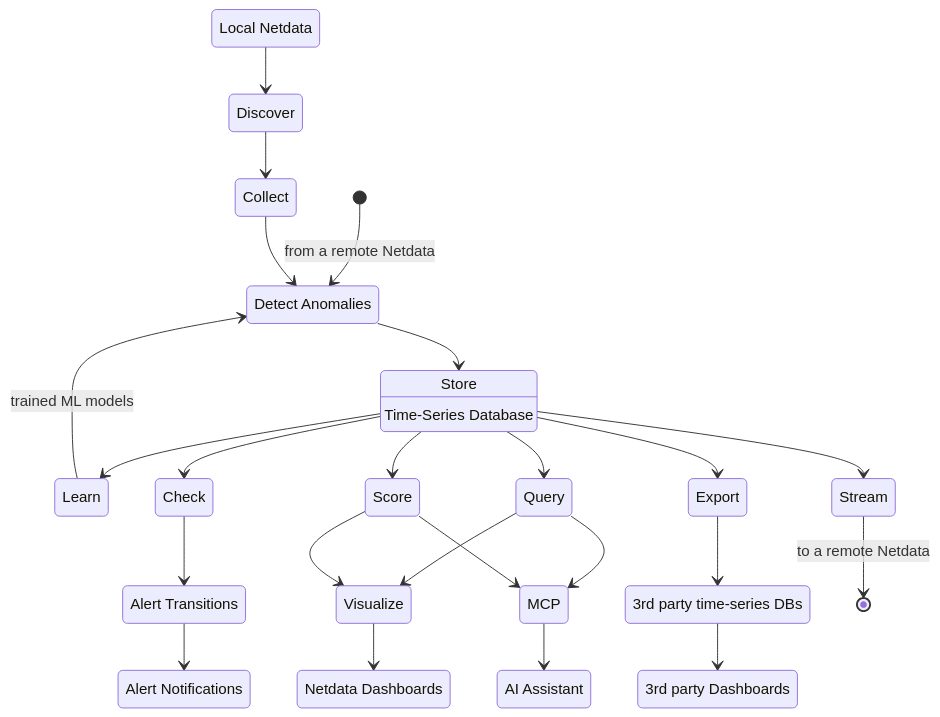
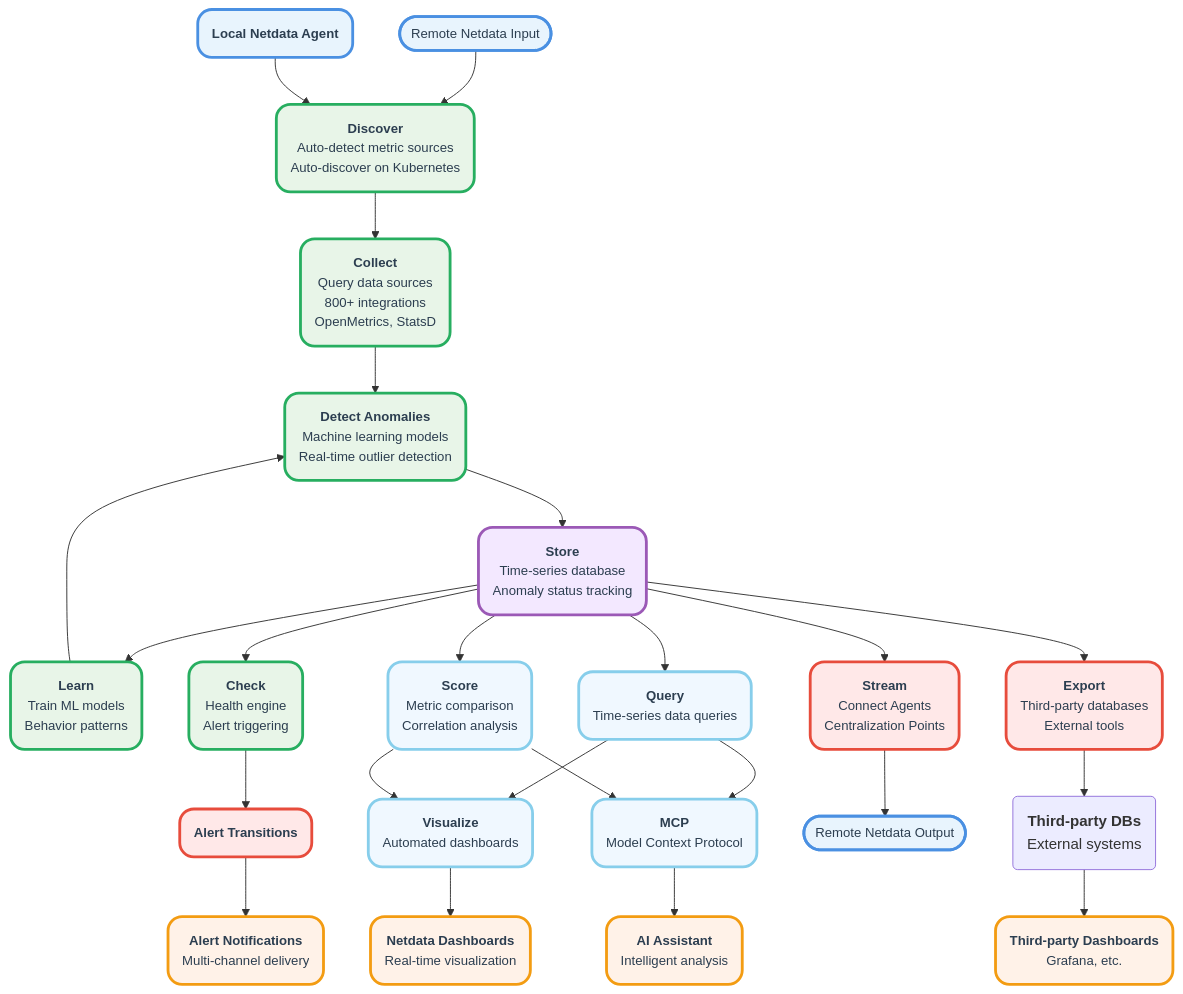
Before and after one commit to netdata/netdata: the diagram in docs/netdata-agent/README.md, drawn with Mermaid. The commit also changed other lines of this file and 9 other files, not shown here.

````diff
--- a/docs/netdata-agent/README.md
+++ b/docs/netdata-agent/README.md
@@ -13,45 +16,53 @@
 ```mermaid
-stateDiagram-v2
-    classDef userFeature fill:#f00,color:white,font-weight:bold,stroke-width:2px,stroke:yellow
-    classDef usedByNC fill:#090,color:white,font-weight:bold,stroke-width:2px,stroke:yellow
-    Local --> Discover
-    Local: Local Netdata
-    [*] --> Detect: from a remote Netdata
-    Others: 3rd party time-series DBs
-    Detect: Detect Anomalies
-    Dashboard:::userFeature
-    Dashboard: Netdata Dashboards
-    AIAssistant:::userFeature
-    AIAssistant: AI Assistant
-    3rdDashboard:::userFeature
-    3rdDashboard: 3rd party Dashboards
-    Notifications:::userFeature
-    Notifications: Alert Notifications
-    Alerts: Alert Transitions
-    Discover --> Collect
-    Collect --> Detect
-    Store: Store
-    Store: Time-Series Database
-    Detect --> Store
-    Store --> Learn
-    Store --> Check
-    Store --> Query
-    Store --> Score
-    Store --> Stream
-    Store --> Export
-    Query --> Visualize
-    Query --> MCP
+flowchart TD
+    Start([Remote Netdata Input]) --> Discover("<b>Discover</b><br/>Auto-detect metric sources<br/>Auto-discover on Kubernetes")
+    
+    LocalAgent("<b>Local Netdata Agent</b>") --> Discover
+    
+    Discover --> Collect("<b>Collect</b><br/>Query data sources<br/>800+ integrations<br/>OpenMetrics, StatsD")
+    
+    Collect --> Detect("<b>Detect Anomalies</b><br/>Machine learning models<br/>Real-time outlier detection")
+    
+    Detect --> Store("<b>Store</b><br/>Time-series database<br/>Anomaly status tracking")
+    
+    Store --> Learn("<b>Learn</b><br/>Train ML models<br/>Behavior patterns")
+    
+    Store --> Check("<b>Check</b><br/>Health engine<br/>Alert triggering")
+    
+    Store --> Query("<b>Query</b><br/>Time-series data queries")
+    
+    Store --> Score("<b>Score</b><br/>Metric comparison<br/>Correlation analysis")
+    
+    Store --> Stream("<b>Stream</b><br/>Connect Agents<br/>Centralization Points")
+    
+    Store --> Export("<b>Export</b><br/>Third-party databases<br/>External tools")
+    
+    Learn --> Detect
+    Check --> Alerts("<b>Alert Transitions</b>")
+    Query --> Visualize("<b>Visualize</b><br/>Automated dashboards")
     Score --> Visualize
+    Query --> MCP("<b>MCP</b><br/>Model Context Protocol")
     Score --> MCP
-    Check --> Alerts
-    Learn --> Detect: trained ML models
-    Alerts --> Notifications
-    Stream --> [*]: to a remote Netdata
-    Export --> Others
-    Others --> 3rdDashboard
-    Visualize --> Dashboard
-    MCP --> AIAssistant
-    Score:::usedByNC
-    Query:::usedByNC
-    Alerts:::usedByNC
+    
+    Alerts --> Notifications("<b>Alert Notifications</b><br/>Multi-channel delivery")
+    Stream --> End([Remote Netdata Output])
+    Export --> ThirdParty("<b>Third-party DBs</b><br/>External systems")
+    
+    Visualize --> Dashboard("<b>Netdata Dashboards</b><br/>Real-time visualization")
+    MCP --> AIAssistant("<b>AI Assistant</b><br/>Intelligent analysis")
+    ThirdParty --> ExternalDash("<b>Third-party Dashboards</b><br/>Grafana, etc.")
+    
+    classDef input fill:#e8f4fd,stroke:#4a90e2,stroke-width:3px,color:#2c3e50,rx:15,ry:15,font-size:14px
+    classDef process fill:#e8f5e8,stroke:#27ae60,stroke-width:3px,color:#2c3e50,rx:15,ry:15,font-size:14px
+    classDef storage fill:#f3e8ff,stroke:#9b59b6,stroke-width:3px,color:#2c3e50,rx:15,ry:15,font-size:14px
+    classDef output fill:#ffe8e8,stroke:#e74c3c,stroke-width:3px,color:#2c3e50,rx:15,ry:15,font-size:14px
+    classDef userFeature fill:#fff2e8,stroke:#f39c12,stroke-width:3px,color:#2c3e50,rx:15,ry:15,font-size:14px
+    classDef cloudFeature fill:#f0f8ff,stroke:#87ceeb,stroke-width:3px,color:#2c3e50,rx:15,ry:15,font-size:14px
+    
+    class Start,LocalAgent,End input
+    class Discover,Collect,Detect,Learn,Check process
+    class Store storage
+    class Stream,Export,Alerts output
+    class Dashboard,AIAssistant,ExternalDash,Notifications userFeature
+    class Query,Score,MCP,Visualize cloudFeature
 ```
````
